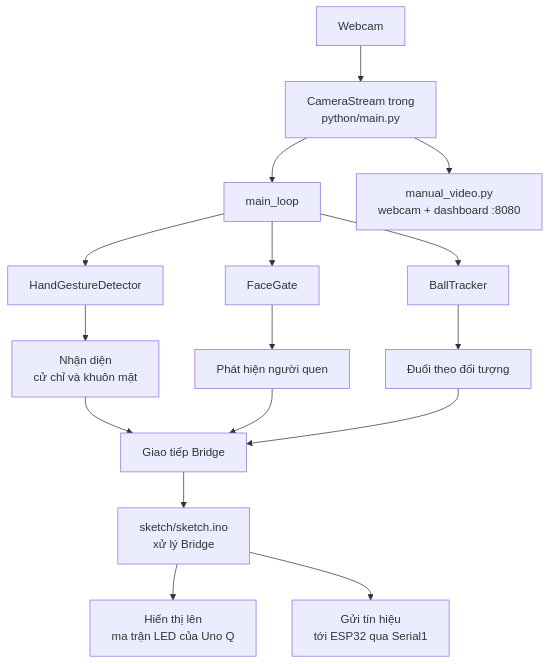
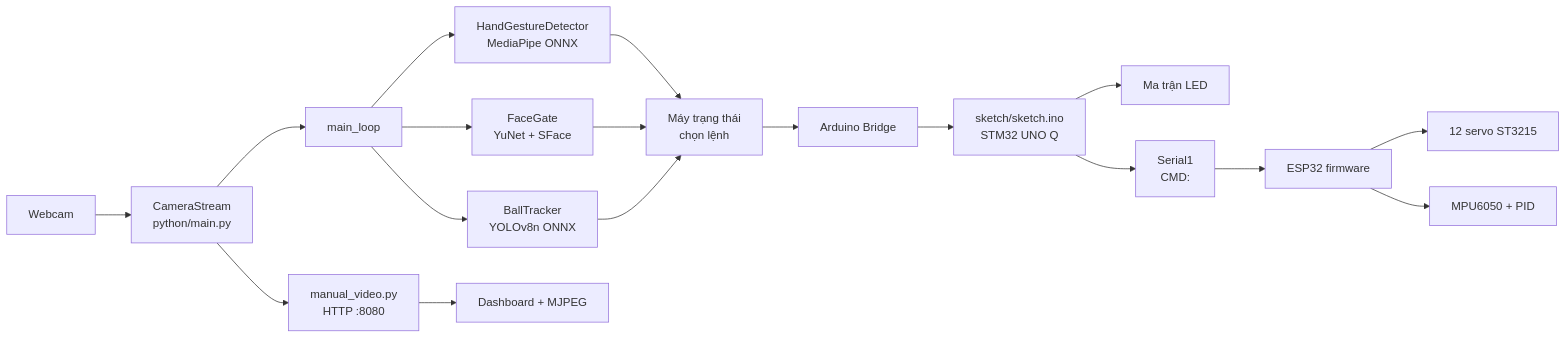
The first of 2 diagrams in docs/system-structure-dataflow.md (BenYogesh/RoboDog), drawn with Mermaid before and after one commit. The commit also changed other lines of this file and 4 other files, not shown here.

````diff
--- a/docs/system-structure-dataflow.md
+++ b/docs/system-structure-dataflow.md
@@ -15,18 +31,20 @@
-```mermaid
-flowchart TD
-    Camera["Webcam"] --> Stream["CameraStream trong <br>python/main.py"]
-    Stream --> Loop["main_loop"]
-    Loop --> Hands["HandGestureDetector"]
-    Loop --> Face["FaceGate"]
-    Loop --> Ball["BallTracker"]
-    Hands --> Decide["Nhận diện <br>cử chỉ và khuôn mặt"]
-    Face --> Gate["Phát hiện người quen"]
-    Ball --> Chase["Đuổi theo đối tượng"]
-    Decide --> Bridge["Giao tiếp Bridge"]
-    Gate --> Bridge
-    Chase --> Bridge
-    Bridge --> Sketch["sketch/sketch.ino <br>xử lý Bridge"]
-    Sketch --> Matrix["Hiển thị lên <br>ma trận LED của Uno Q"]
-    Sketch --> UART["Gửi tín hiệu <br>tới ESP32 qua Serial1"]
-    Stream --> Dashboard["manual_video.py <br>webcam + dashboard :8080"]
-```
+~~~mermaid
+flowchart LR
+    Cam[Webcam] --> Stream[CameraStream<br/>python/main.py]
+    Stream --> Loop[main_loop]
+    Loop --> Hand[HandGestureDetector<br/>MediaPipe ONNX]
+    Loop --> Face[FaceGate<br/>YuNet + SFace]
+    Loop --> Ball[BallTracker<br/>YOLOv8n ONNX]
+    Hand --> Decide[Máy trạng thái<br/>chọn lệnh]
+    Face --> Decide
+    Ball --> Decide
+    Decide --> Bridge[Arduino Bridge]
+    Bridge --> Sketch[sketch/sketch.ino<br/>STM32 UNO Q]
+    Sketch --> LED[Ma trận LED]
+    Sketch --> UART[Serial1<br/>CMD:<char>]
+    UART --> ESP[ESP32 firmware]
+    ESP --> Servos[12 servo ST3215]
+    ESP --> IMU[MPU6050 + PID]
+    Stream --> Web[manual_video.py<br/>HTTP :8080]
+    Web --> Browser[Dashboard + MJPEG]
+~~~
````
